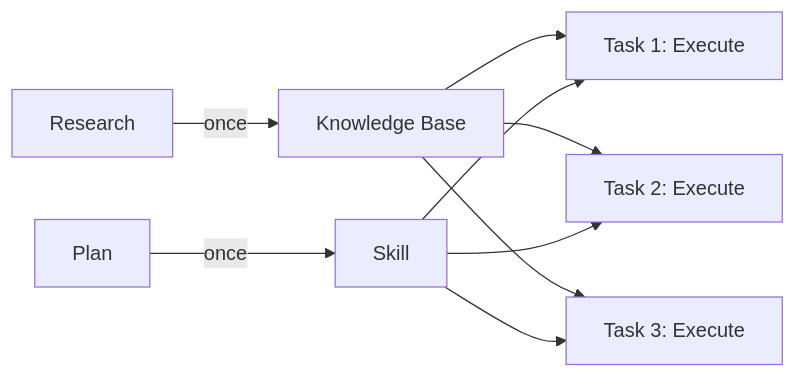
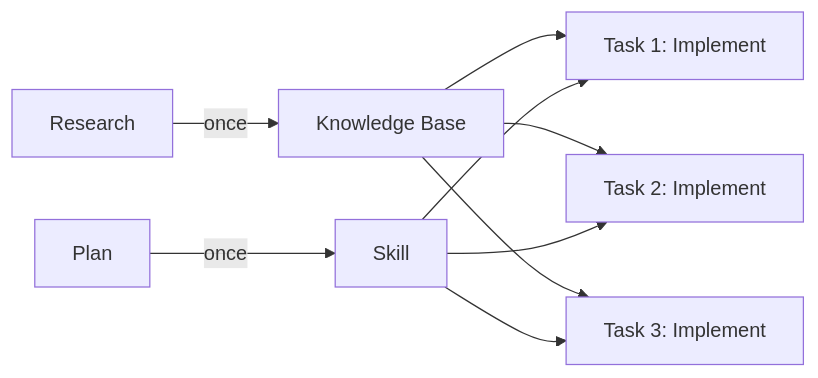
One commit to michael-elkabetz/features changed the second of 3 diagrams in README.md. Above: the diagram before and after it, drawn with Mermaid. The commit also changed other lines of this file and 3 other files, not shown here.

````diff
--- a/README.md
+++ b/README.md
@@ -94,8 +94,8 @@
 ```mermaid
 flowchart LR
     R["Research"] -- once --> KB["Knowledge Base"]
     P["Plan"] -- once --> S["Skill"]
-    KB & S --> E1["Task 1: Execute"]
-    KB & S --> E2["Task 2: Execute"]
-    KB & S --> E3["Task 3: Execute"]
+    KB & S --> E1["Task 1: Implement"]
+    KB & S --> E2["Task 2: Implement"]
+    KB & S --> E3["Task 3: Implement"]
 ```
````
